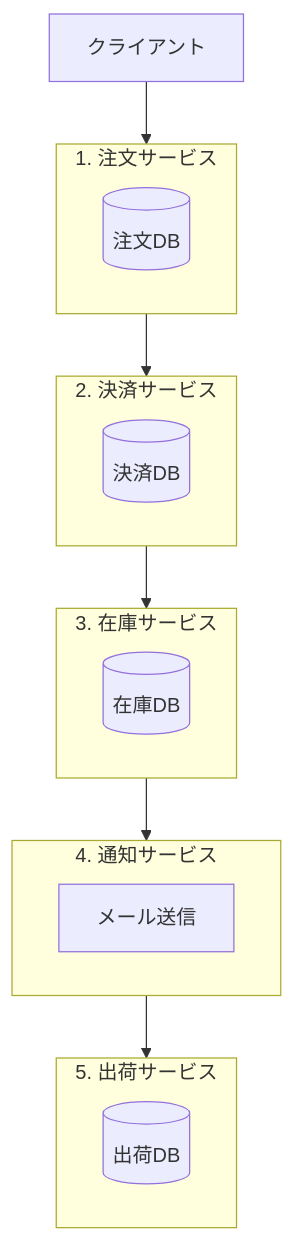
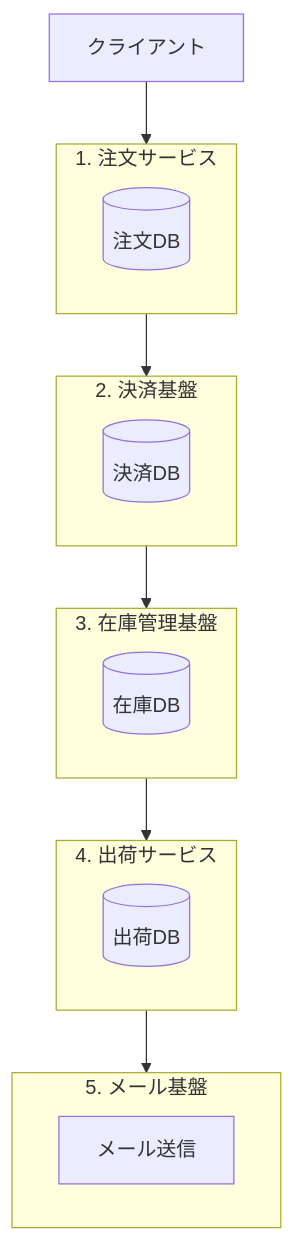
Before and after one commit to mizukendesu/zenn-content: the first of 2 diagrams in articles/ec803bd95ceb09.md, drawn with Mermaid. The commit also changed other lines of this file, not shown here.

````diff
--- a/articles/ec803bd95ceb09.md
+++ b/articles/ec803bd95ceb09.md
@@ -48,32 +89,32 @@
 ```mermaid
 flowchart TB
   Client[クライアント] --> order
 
   subgraph order ["1. 注文サービス"]
     orderDB[(注文DB)]
   end
 
   order --> payment
 
-  subgraph payment ["2. 決済サービス"]
+  subgraph payment ["2. 決済基盤"]
     paymentDB[(決済DB)]
   end
 
   payment --> inventory
 
-  subgraph inventory ["3. 在庫サービス"]
+  subgraph inventory ["3. 在庫管理基盤"]
     inventoryDB[(在庫DB)]
   end
 
-  inventory --> notification
+  inventory --> shipping
 
-  subgraph notification ["4. 通知サービス"]
+  subgraph shipping ["4. 出荷サービス"]
+    shippingDB[(出荷DB)]
+  end
+
+  shipping --> notification
+
+  subgraph notification ["5. メール基盤"]
     mail[メール送信]
   end
-
-  notification --> shipping
-
-  subgraph shipping ["5. 出荷サービス"]
-    shippingDB[(出荷DB)]
-  end
 ```
````
